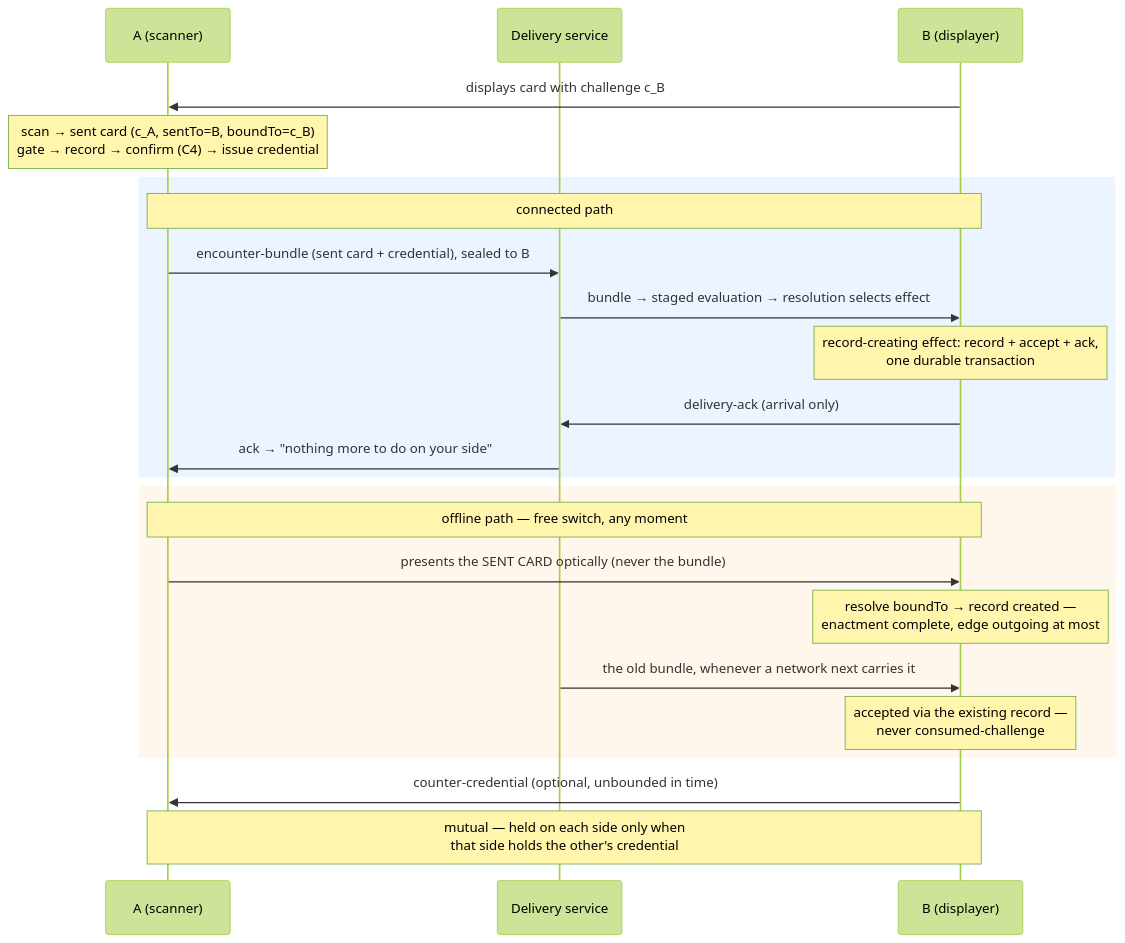
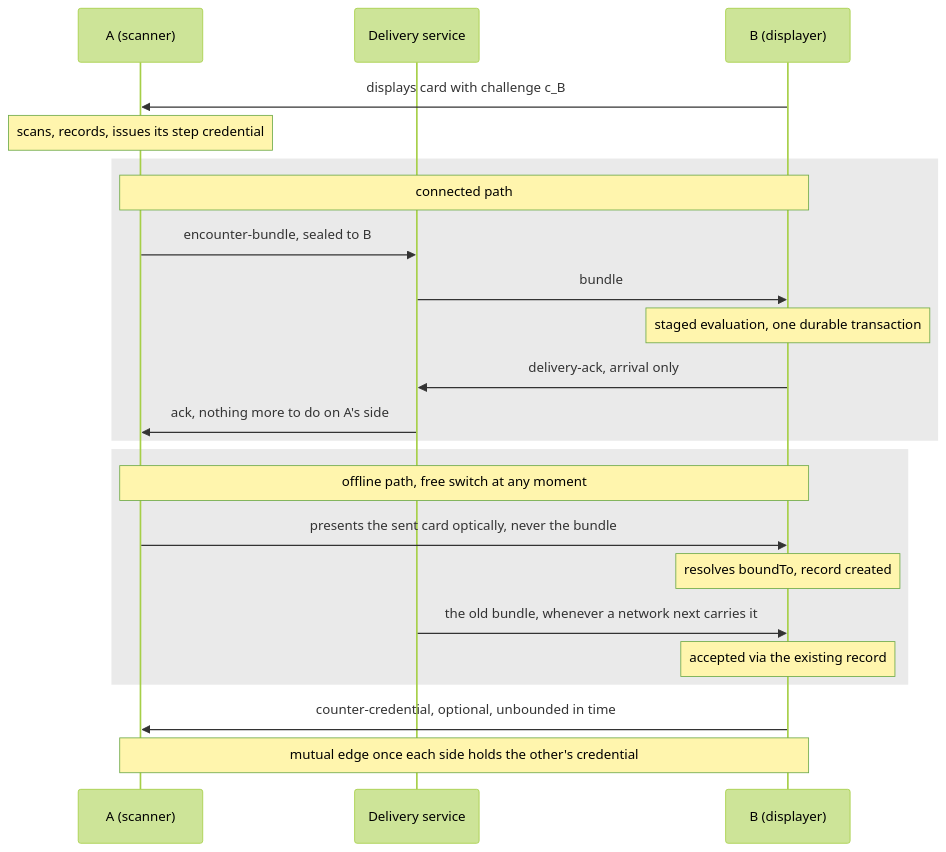
Before and after one commit to real-life-org/rltp-spec: the diagram in spec/encounter-layer.md, drawn with Mermaid (forest theme). The commit also changed 2 other files, not shown here.

Commit message:
Fix mermaid diagrams: dark mode, parse error, overlaps
- no semicolons in message text (mermaid statement separator broke the membership flow diagram)
- neutral rgba backgrounds instead of light rgb rects (dark-mode contrast)
- no <br/> and shorter labels (GitHub strips HTML in mermaid, texts collided)

````diff
--- a/spec/encounter-layer.md
+++ b/spec/encounter-layer.md
@@ -566,25 +566,25 @@
 ```mermaid
 sequenceDiagram
     participant A as A (scanner)
     participant D as Delivery service
     participant B as B (displayer)
     B->>A: displays card with challenge c_B
-    Note over A: scan → sent card (c_A, sentTo=B, boundTo=c_B)<br/>gate → record → confirm (C4) → issue credential
-    rect rgb(235,244,255)
+    Note over A: scans, records, issues its step credential
+    rect rgba(127,127,127,0.16)
     Note over A,B: connected path
-    A->>D: encounter-bundle (sent card + credential), sealed to B
-    D->>B: bundle → staged evaluation → resolution selects effect
-    Note over B: record-creating effect: record + accept + ack,<br/>one durable transaction
-    B->>D: delivery-ack (arrival only)
-    D->>A: ack → "nothing more to do on your side"
+    A->>D: encounter-bundle, sealed to B
+    D->>B: bundle
+    Note over B: staged evaluation, one durable transaction
+    B->>D: delivery-ack, arrival only
+    D->>A: ack, nothing more to do on A's side
     end
-    rect rgb(255,247,235)
-    Note over A,B: offline path — free switch, any moment
-    A->>B: presents the SENT CARD optically (never the bundle)
-    Note over B: resolve boundTo → record created —<br/>enactment complete, edge outgoing at most
+    rect rgba(127,127,127,0.16)
+    Note over A,B: offline path, free switch at any moment
+    A->>B: presents the sent card optically, never the bundle
+    Note over B: resolves boundTo, record created
     D->>B: the old bundle, whenever a network next carries it
-    Note over B: accepted via the existing record —<br/>never consumed-challenge
+    Note over B: accepted via the existing record
     end
-    B->>A: counter-credential (optional, unbounded in time)
-    Note over A,B: mutual — held on each side only when<br/>that side holds the other's credential
+    B->>A: counter-credential, optional, unbounded in time
+    Note over A,B: mutual edge once each side holds the other's credential
 ```
````
